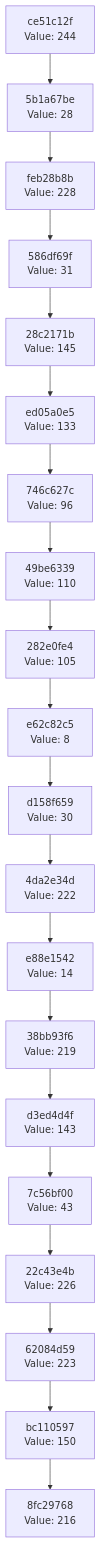
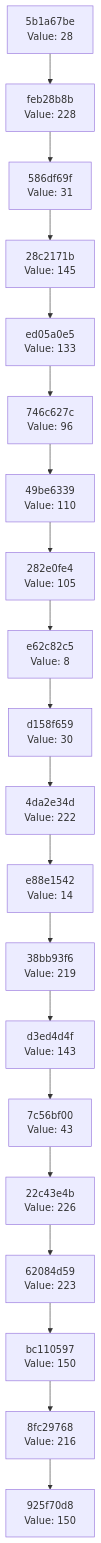
One commit to Abhisheksinha1506/hash-chain-evolver changed the diagram in docs/CHAIN_VISUALIZATION.md. Above: the diagram before and after it, drawn with Mermaid. The commit also changed 3 other files, not shown here.

````diff
--- a/docs/CHAIN_VISUALIZATION.md
+++ b/docs/CHAIN_VISUALIZATION.md
@@ -3,42 +3,42 @@
 ```mermaid
 graph TD
-    C0["8fc29768<br/>Value: 216"]
-    C1["bc110597<br/>Value: 150"]
+    C0["925f70d8<br/>Value: 150"]
+    C1["8fc29768<br/>Value: 216"]
     C1 --> C0
-    C2["62084d59<br/>Value: 223"]
+    C2["bc110597<br/>Value: 150"]
     C2 --> C1
-    C3["22c43e4b<br/>Value: 226"]
+    C3["62084d59<br/>Value: 223"]
     C3 --> C2
-    C4["7c56bf00<br/>Value: 43"]
+    C4["22c43e4b<br/>Value: 226"]
     C4 --> C3
-    C5["d3ed4d4f<br/>Value: 143"]
+    C5["7c56bf00<br/>Value: 43"]
     C5 --> C4
-    C6["38bb93f6<br/>Value: 219"]
+    C6["d3ed4d4f<br/>Value: 143"]
     C6 --> C5
-    C7["e88e1542<br/>Value: 14"]
+    C7["38bb93f6<br/>Value: 219"]
     C7 --> C6
-    C8["4da2e34d<br/>Value: 222"]
+    C8["e88e1542<br/>Value: 14"]
     C8 --> C7
-    C9["d158f659<br/>Value: 30"]
+    C9["4da2e34d<br/>Value: 222"]
     C9 --> C8
-    C10["e62c82c5<br/>Value: 8"]
+    C10["d158f659<br/>Value: 30"]
     C10 --> C9
-    C11["282e0fe4<br/>Value: 105"]
+    C11["e62c82c5<br/>Value: 8"]
     C11 --> C10
-    C12["49be6339<br/>Value: 110"]
+    C12["282e0fe4<br/>Value: 105"]
     C12 --> C11
-    C13["746c627c<br/>Value: 96"]
+    C13["49be6339<br/>Value: 110"]
     C13 --> C12
-    C14["ed05a0e5<br/>Value: 133"]
+    C14["746c627c<br/>Value: 96"]
     C14 --> C13
-    C15["28c2171b<br/>Value: 145"]
+    C15["ed05a0e5<br/>Value: 133"]
     C15 --> C14
-    C16["586df69f<br/>Value: 31"]
+    C16["28c2171b<br/>Value: 145"]
     C16 --> C15
-    C17["feb28b8b<br/>Value: 228"]
+    C17["586df69f<br/>Value: 31"]
     C17 --> C16
-    C18["5b1a67be<br/>Value: 28"]
+    C18["feb28b8b<br/>Value: 228"]
     C18 --> C17
-    C19["ce51c12f<br/>Value: 244"]
+    C19["5b1a67be<br/>Value: 28"]
     C19 --> C18
 ```
````
